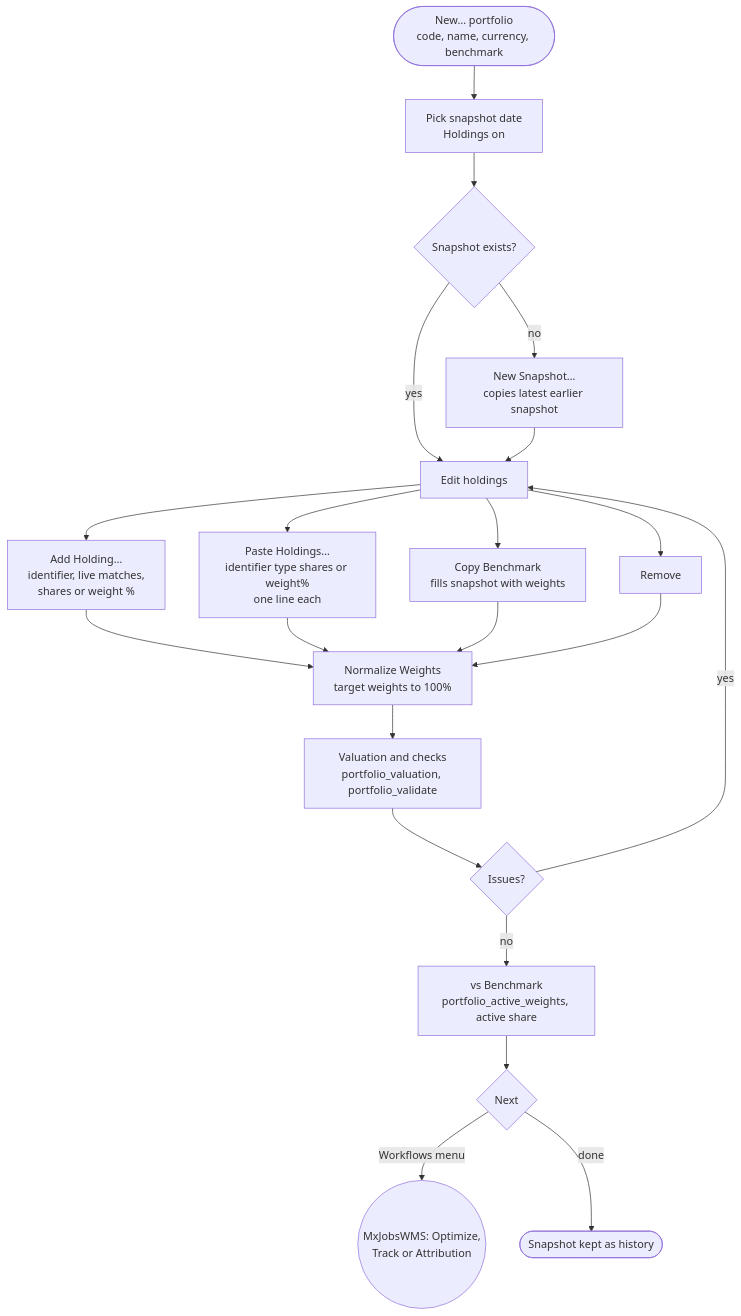
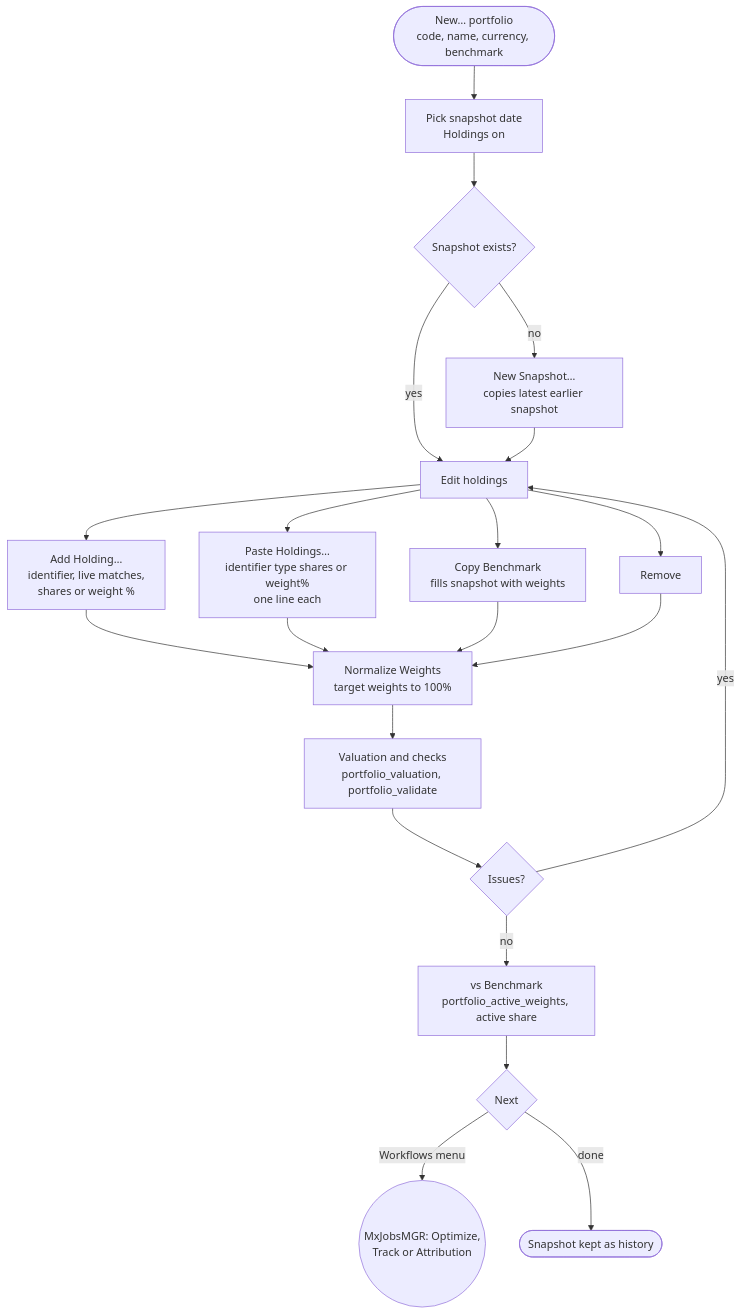
The third of 9 diagrams in MxAppsIDE/MxDataHUB/c4/workflows.md (k3jdr/Public), drawn with Mermaid before and after one commit. The commit also changed other lines of this file and 425 other files, not shown here.

First line of the commit message:
MxAppsIDE: sync MxAppsIOS 5a70603 — MxJobsWMS is MxJobsMGR, MxPortMGR is MxAcctMGR

````diff
--- a/MxAppsIDE/MxDataHUB/c4/workflows.md
+++ b/MxAppsIDE/MxDataHUB/c4/workflows.md
@@ -76,20 +76,20 @@
 ```mermaid
 flowchart TD
     A([New… portfolio<br/>code, name, currency, benchmark]) --> B[Pick snapshot date<br/>Holdings on]
     B --> C{Snapshot exists?}
     C -- no --> D[New Snapshot…<br/>copies latest earlier snapshot]
     C -- yes --> E[Edit holdings]
     D --> E
     E --> F[Add Holding…<br/>identifier, live matches,<br/>shares or weight %]
     E --> G[Paste Holdings…<br/>identifier type shares or weight%<br/>one line each]
     E --> H[Copy Benchmark<br/>fills snapshot with weights]
     E --> I[Remove]
     F & G & H & I --> J[Normalize Weights<br/>target weights to 100%]
     J --> K[Valuation and checks<br/>portfolio_valuation, portfolio_validate]
     K --> L{Issues?}
     L -- yes --> E
     L -- no --> M[vs Benchmark<br/>portfolio_active_weights, active share]
     M --> N{Next}
-    N -- Workflows menu --> O((MxJobsWMS: Optimize,<br/>Track or Attribution))
+    N -- Workflows menu --> O((MxJobsMGR: Optimize,<br/>Track or Attribution))
     N -- done --> P([Snapshot kept as history])
 ```
````
